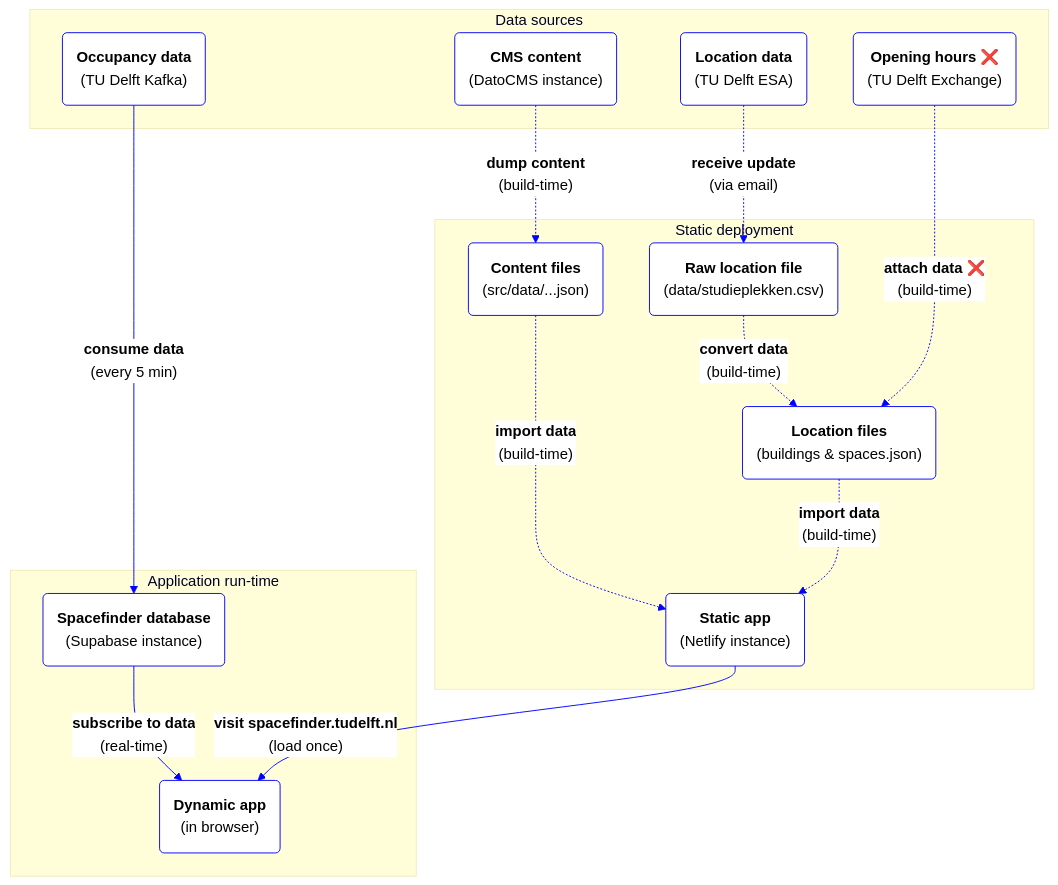
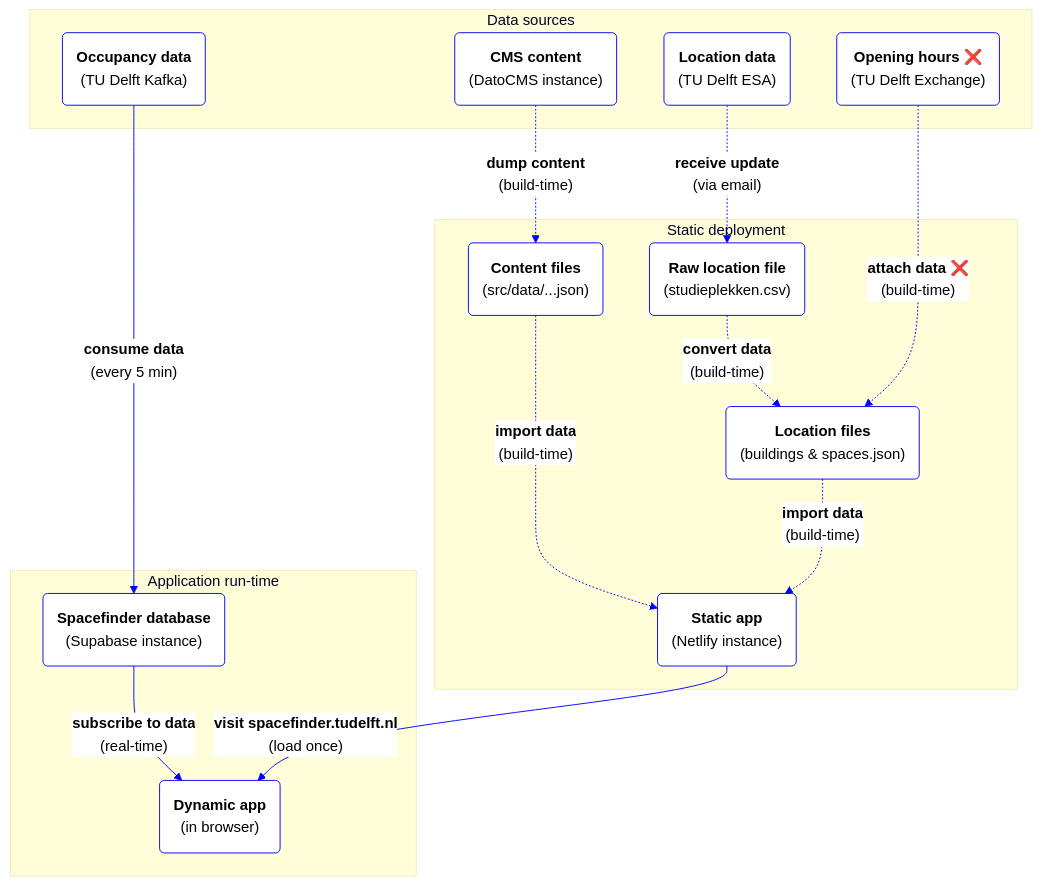
One commit to voorhoede/tudelft-spacefinder changed the diagram in readme.md. Above: the diagram before and after it, drawn with Mermaid. The commit also changed other lines of this file and 2 other files, not shown here.

Commit message:
feat: remove scheduled build + decision log entry
Resolves https://github.com/voorhoede/tudelft-spacefinder/pull/160#discussion_r1143145744

````diff
--- a/readme.md
+++ b/readme.md
@@ -40,46 +40,46 @@
 ```mermaid
 %%{
     init: {
         'theme': 'base',
         'themeVariables': {
             'edgeLabelBackground': '#FFFFFF',
             'lineColor': '#0000FF',
             'mainBkg': '#FFFFFF',
             'primaryBorderColor': '#0000FF',
             'primaryTextColor': '#000000',
             'tertiaryColor': '#FFFED9'
         }
     }
 }%%
 
 flowchart
 
     subgraph "Data sources"
         OccupancyData("<strong>Occupancy data</strong><br>(TU Delft Kafka)")
         LocationData("<strong>Location data</strong><br>(TU Delft ESA)")
         SpacefinderCms("<strong>CMS content</strong><br>(DatoCMS instance)")
         OpeningHours("<strong>Opening hours ❌</strong><br>(TU Delft Exchange)")
     end
 
     subgraph "Application run-time"
         SpacefinderDb("<strong>Spacefinder database</strong><br>(Supabase instance)")
         DynamicApp("<strong>Dynamic app</strong><br>(in browser)")
     end
 
     subgraph "Static deployment"
-        RawLocationFile("<strong>Raw location file</strong><br>(data/studieplekken.csv)")
+        RawLocationFile("<strong>Raw location file</strong><br>(studieplekken.csv)")
         LocationFiles("<strong>Location files</strong><br>(buildings & spaces.json)")
         ContentFiles("<strong>Content files</strong><br>(src/data/...json)")
         StaticApp("<strong>Static app</strong><br>(Netlify instance)")
     end
 
     LocationData -. "<strong>receive update</strong><br>(via email)" .-> RawLocationFile
     RawLocationFile -. "<strong>convert data</strong><br>(build-time)" .-> LocationFiles
     OpeningHours -. "<strong>attach data ❌</strong><br>(build-time)" .-> LocationFiles
     SpacefinderCms -. "<strong>dump content</strong><br>(build-time)" .-> ContentFiles
     OccupancyData -- "<strong>consume data</strong><br>(every 5 min)" --> SpacefinderDb
     SpacefinderDb -- "<strong>subscribe to data</strong><br>(real-time)" --> DynamicApp
     ContentFiles -. "<strong>import data</strong><br>(build-time)" .-> StaticApp
     LocationFiles -. "<strong>import data</strong><br>(build-time)" .-> StaticApp
     StaticApp -- "<strong>visit spacefinder.tudelft.nl</strong><br>(load once)" --> DynamicApp
 ```
````
